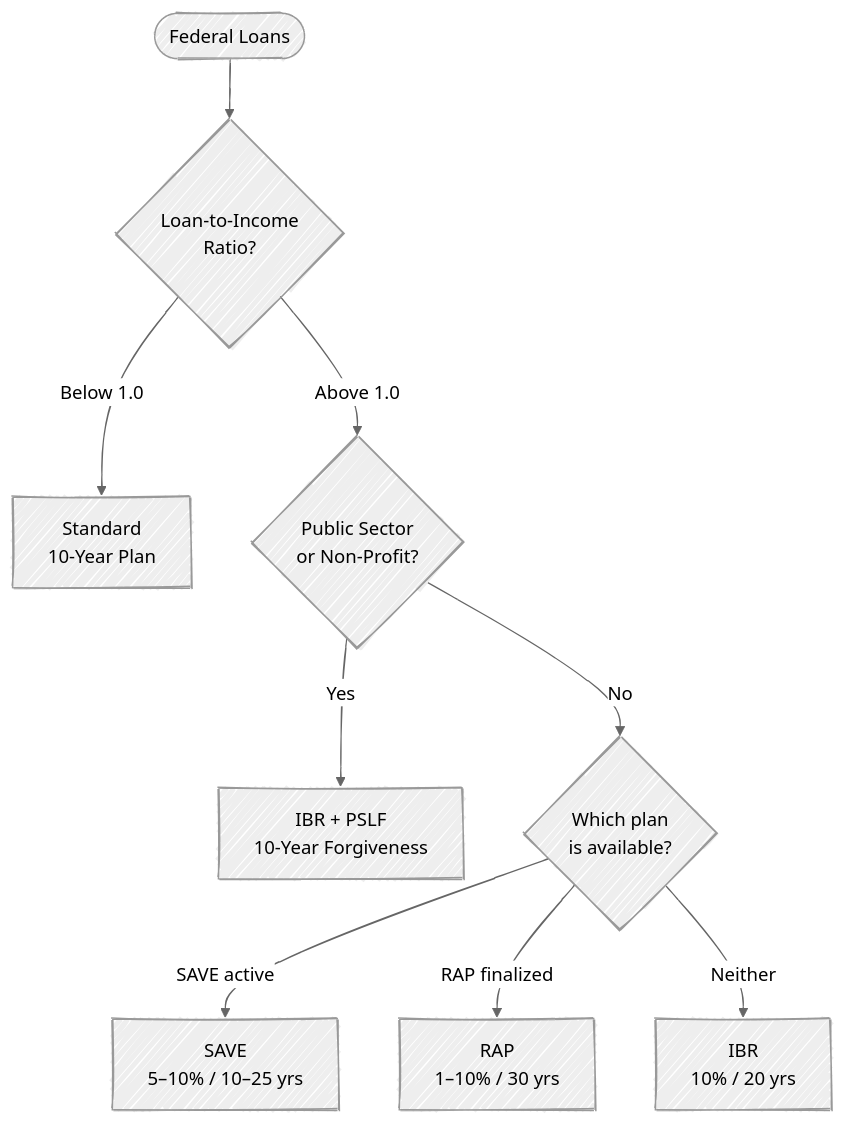
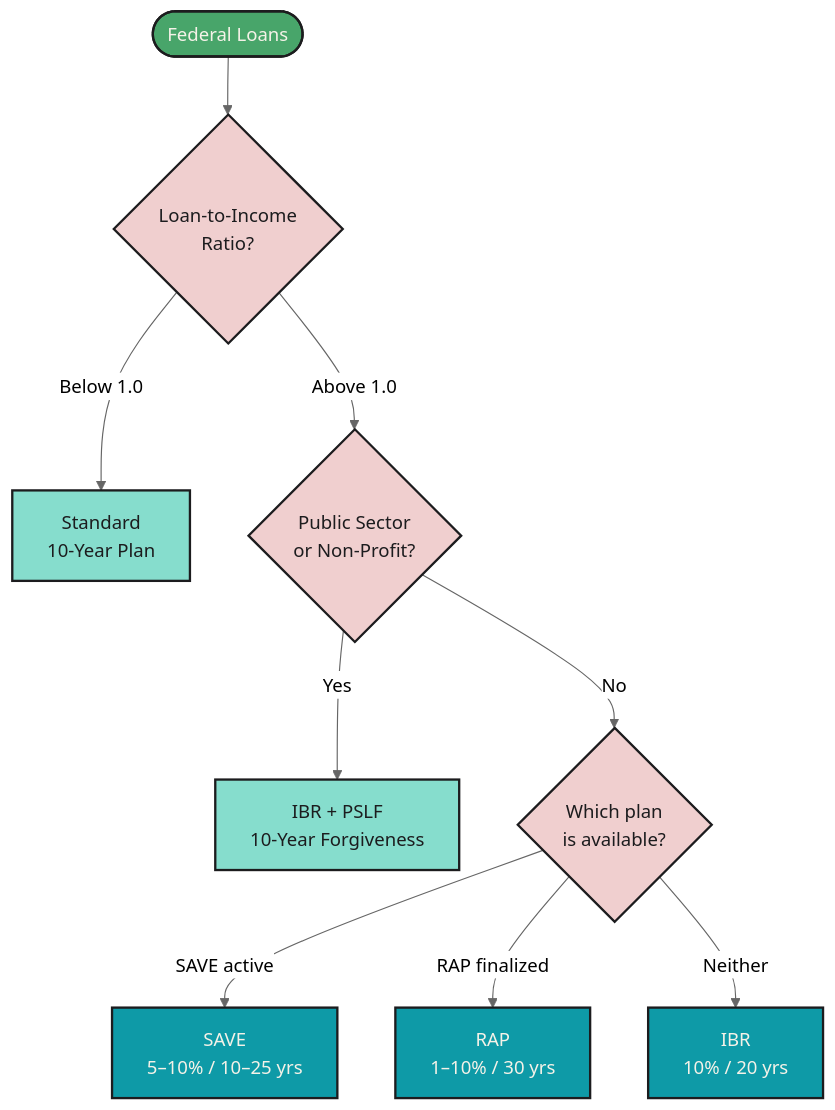
The fourth of 7 diagrams in managing_debt.qmd (mjfrigaard/fm-finance), drawn with Mermaid before and after one commit. The commit also changed other lines of this file and 5 other files, not shown here.

Commit message:
updates to mermaid

````diff
--- a/managing_debt.qmd
+++ b/managing_debt.qmd
@@ -254,15 +282,24 @@
 ```{mermaid}
 %%| fig-cap: 'Choosing an IDR Plan'
 %%| fig-align: center
-%%{init: {'theme': 'neutral', 'look': 'handDrawn', 'themeVariables': { 'fontFamily': 'monospace', "fontSize":"16px"}}}%%
+%%{init: {'theme': 'neutral', 'themeVariables': { 'fontFamily': 'monospace', "fontSize":"16px"}}}%%
 
 flowchart TD
     FedLoans([Federal Loans]) --> LICheck{Loan-to-Income<br>Ratio?}
     LICheck -->|"Below 1.0"| StdPlan[Standard<br>10-Year Plan]
     LICheck -->|"Above 1.0"| PubSvc{Public Sector<br>or Non-Profit?}
     PubSvc -->|Yes| PSLFTrack[IBR + PSLF<br>10-Year Forgiveness]
     PubSvc -->|No| PlanAvail{Which plan<br>is available?}
     PlanAvail -->|SAVE active| SAVEOpt[SAVE<br>5–10% / 10–25 yrs]
     PlanAvail -->|RAP finalized| RAPOpt[RAP<br>1–10% / 30 yrs]
     PlanAvail -->|Neither| IBROpt[IBR<br>10% / 20 yrs]
+    style FedLoans fill:#48a56a,color:#F5F2E8,stroke:#1C1C1E,stroke-width:2px
+    style LICheck fill:#f0cfcf,color:#1C1C1E,stroke:#1C1C1E,stroke-width:2px
+    style StdPlan fill:#86ddcd,color:#1C1C1E,stroke:#1C1C1E,stroke-width:2px
+    style PubSvc fill:#f0cfcf,color:#1C1C1E,stroke:#1C1C1E,stroke-width:2px
+    style PSLFTrack fill:#86ddcd,color:#1C1C1E,stroke:#1C1C1E,stroke-width:2px
+    style PlanAvail fill:#f0cfcf,color:#1C1C1E,stroke:#1C1C1E,stroke-width:2px
+    style SAVEOpt fill:#0e9aa7,color:#F5F2E8,stroke:#1C1C1E,stroke-width:2px
+    style RAPOpt fill:#0e9aa7,color:#F5F2E8,stroke:#1C1C1E,stroke-width:2px
+    style IBROpt fill:#0e9aa7,color:#F5F2E8,stroke:#1C1C1E,stroke-width:2px
 ```
````
